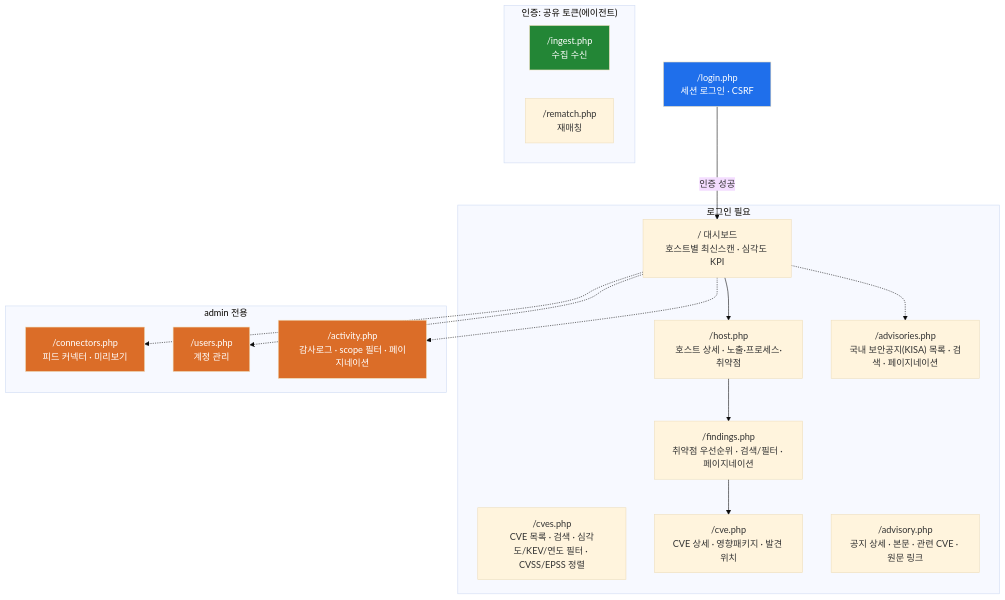
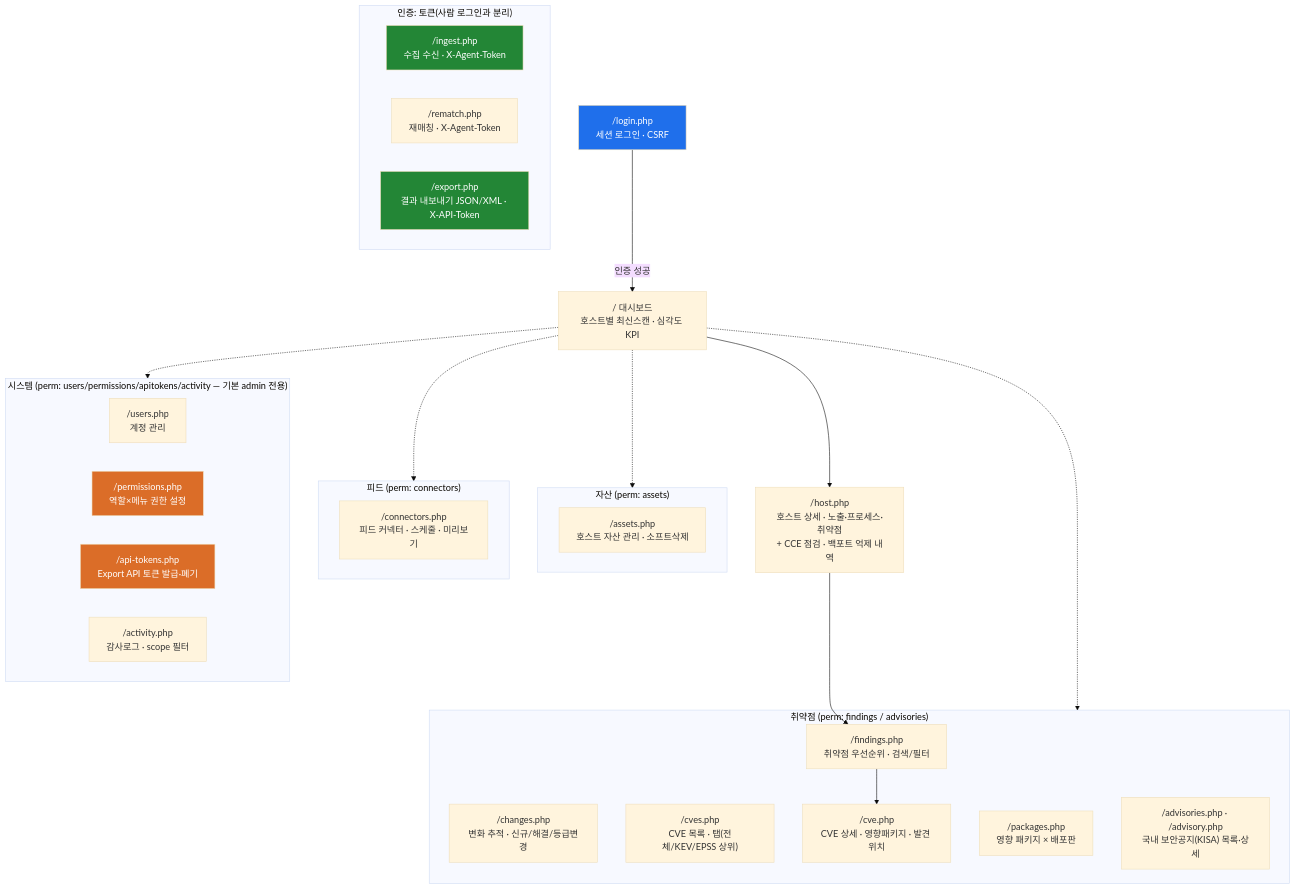
Before and after one commit to JeongDoWook/vuln-agent: the sixth of 6 diagrams in docs/architecture.md, drawn with Mermaid (base theme). The commit also changed other lines of this file and 6 other files, not shown here.

````diff
--- a/docs/architecture.md
+++ b/docs/architecture.md
@@ -328,36 +392,47 @@
 ```mermaid
 flowchart TD
     LOGIN["/login.php<br/>세션 로그인 · CSRF"]
     LOGIN -->|인증 성공| DASH
 
-    subgraph Auth["로그인 필요"]
-        DASH["/ 대시보드<br/>호스트별 최신스캔 · 심각도 KPI"]
-        HOST["/host.php<br/>호스트 상세 · 노출·프로세스·취약점"]
-        FIND["/findings.php<br/>취약점 우선순위 · 검색/필터 · 페이지네이션"]
-        CVES["/cves.php<br/>CVE 목록 · 검색 · 심각도/KEV/연도 필터 · CVSS/EPSS 정렬"]
+    DASH["/ 대시보드<br/>호스트별 최신스캔 · 심각도 KPI"]
+    HOST["/host.php<br/>호스트 상세 · 노출·프로세스·취약점<br/>+ CCE 점검 · 백포트 억제 내역"]
+
+    subgraph Vuln["취약점 (perm: findings / advisories)"]
+        FIND["/findings.php<br/>취약점 우선순위 · 검색/필터"]
+        CHG["/changes.php<br/>변화 추적 · 신규/해결/등급변경"]
+        CVES["/cves.php<br/>CVE 목록 · 탭(전체/KEV/EPSS 상위)"]
         CVE["/cve.php<br/>CVE 상세 · 영향패키지 · 발견 위치"]
-        ADV["/advisories.php<br/>국내 보안공지(KISA) 목록 · 검색 · 페이지네이션"]
-        ADVD["/advisory.php<br/>공지 상세 · 본문 · 관련 CVE · 원문 링크"]
+        PKG["/packages.php<br/>영향 패키지 × 배포판"]
+        ADV["/advisories.php · /advisory.php<br/>국내 보안공지(KISA) 목록·상세"]
     end
 
-    subgraph AdminOnly["admin 전용"]
-        CONN["/connectors.php<br/>피드 커넥터 · 미리보기"]
+    subgraph Asset["자산 (perm: assets)"]
+        ASSETS["/assets.php<br/>호스트 자산 관리 · 소프트삭제"]
+    end
+
+    subgraph Feed["피드 (perm: connectors)"]
+        CONN["/connectors.php<br/>피드 커넥터 · 스케줄 · 미리보기"]
+    end
+
+    subgraph Sys["시스템 (perm: users/permissions/apitokens/activity — 기본 admin 전용)"]
         USERS["/users.php<br/>계정 관리"]
-        ACT["/activity.php<br/>감사로그 · scope 필터 · 페이지네이션"]
+        PERM["/permissions.php<br/>역할×메뉴 권한 설정"]
+        TOK["/api-tokens.php<br/>Export API 토큰 발급·폐기"]
+        ACT["/activity.php<br/>감사로그 · scope 필터"]
     end
 
     DASH --> HOST --> FIND --> CVE
-    DASH -.-> ADV
-    DASH -.-> CONN & USERS & ACT
+    DASH -.-> Vuln & Asset & Feed & Sys
 
-    subgraph API["인증: 공유 토큰(에이전트)"]
-        ING["/ingest.php<br/>수집 수신"]
-        REM["/rematch.php<br/>재매칭"]
+    subgraph API["인증: 토큰(사람 로그인과 분리)"]
+        ING["/ingest.php<br/>수집 수신 · X-Agent-Token"]
+        REM["/rematch.php<br/>재매칭 · X-Agent-Token"]
+        EXP["/export.php<br/>결과 내보내기 JSON/XML · X-API-Token"]
     end
 
     style LOGIN fill:#1f6feb,color:#fff
-    style CONN fill:#db6d28,color:#fff
-    style USERS fill:#db6d28,color:#fff
-    style ACT fill:#db6d28,color:#fff
+    style PERM fill:#db6d28,color:#fff
+    style TOK fill:#db6d28,color:#fff
     style ING fill:#238636,color:#fff
+    style EXP fill:#238636,color:#fff
 ```
````
